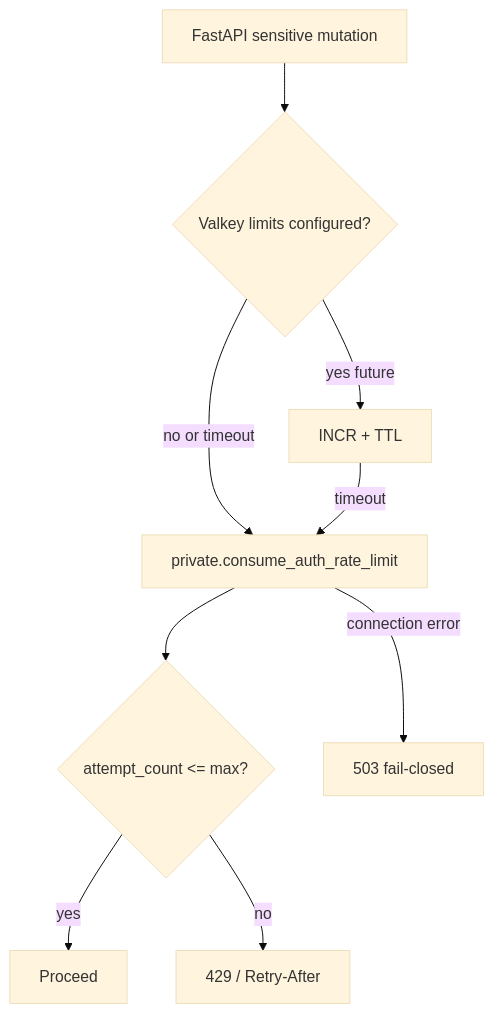
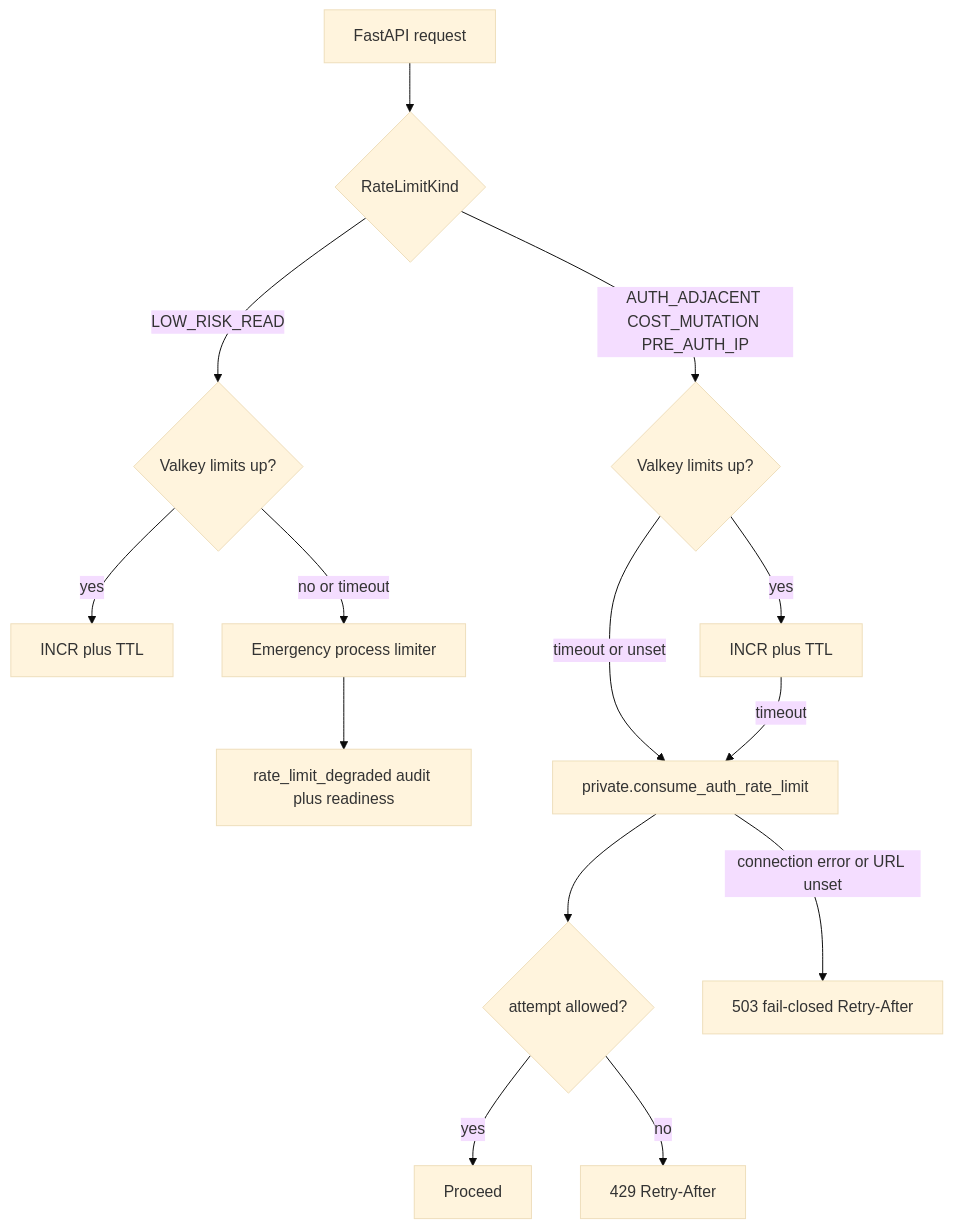
Before and after one commit to Nagdy8888/smart-rag: the diagram in docs/security/AUTH_RATE_LIMIT_OWNERSHIP.md, drawn with Mermaid (base theme). The commit also changed other lines of this file and 71 other files, not shown here.

Commit message:
Expose thin FastAPI chat and ops routes with fail-closed rate limits so Valkey loss cannot double-admit paid work.

````diff
--- a/docs/security/AUTH_RATE_LIMIT_OWNERSHIP.md
+++ b/docs/security/AUTH_RATE_LIMIT_OWNERSHIP.md
@@ -26,11 +29,16 @@
 ```mermaid
 flowchart TD
-  req[FastAPI sensitive mutation] --> valkey{Valkey limits configured?}
-  valkey -->|yes future| valkeyCheck[INCR + TTL]
-  valkey -->|no or timeout| pg[private.consume_auth_rate_limit]
-  valkeyCheck -->|timeout| pg
-  pg --> allowed{attempt_count <= max?}
+  req[FastAPI request] --> kind{RateLimitKind}
+  kind -->|LOW_RISK_READ| valkeyRead{Valkey limits up?}
+  valkeyRead -->|yes| incrRead[INCR plus TTL]
+  valkeyRead -->|no or timeout| emergency[Emergency process limiter]
+  emergency --> audit[rate_limit_degraded audit plus readiness]
+  kind -->|AUTH_ADJACENT COST_MUTATION PRE_AUTH_IP| valkeyMut{Valkey limits up?}
+  valkeyMut -->|yes| incrMut[INCR plus TTL]
+  valkeyMut -->|timeout or unset| pg[private.consume_auth_rate_limit]
+  incrMut -->|timeout| pg
+  pg --> allowed{attempt allowed?}
   allowed -->|yes| ok[Proceed]
-  allowed -->|no| deny429[429 / Retry-After]
-  pg -->|connection error| fail503[503 fail-closed]
+  allowed -->|no| deny429[429 Retry-After]
+  pg -->|connection error or URL unset| fail503[503 fail-closed Retry-After]
 ```
````
